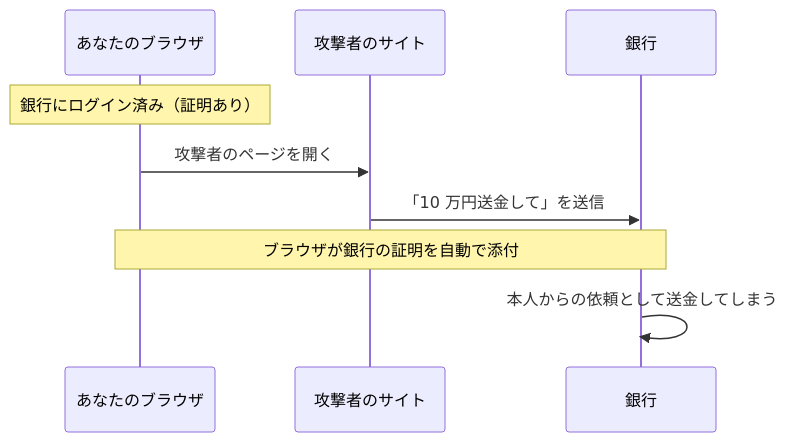
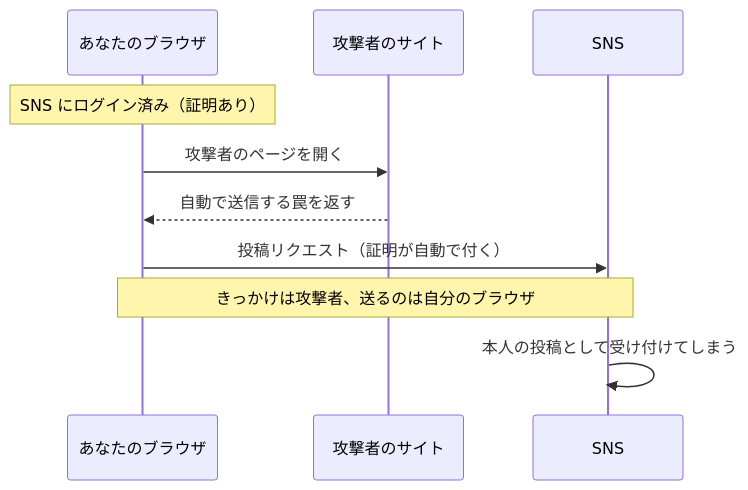
One commit to ozaki25/web-front-training-ozaki25 changed the diagram in docs/drafts/052/index.md. Above: the diagram before and after it, drawn with Mermaid. The commit also changed other lines of this file, not shown here.

Commit message:
052 (CSRF) fable相談を反映: 図の誤り(攻撃者→銀行を直接送信)を修正しブラウザ起点に、題材を銀行からSNS投稿へ変更、Lax の GET 抜け道を SameSite 節に昇格、XSS と GET/POST の足場を追加

````diff
--- a/docs/drafts/052/index.md
+++ b/docs/drafts/052/index.md
@@ -35,11 +37,12 @@
 ```mermaid
 sequenceDiagram
   participant U as あなたのブラウザ
   participant E as 攻撃者のサイト
-  participant B as 銀行
-  Note over U: 銀行にログイン済み（証明あり）
+  participant S as SNS
+  Note over U: SNS にログイン済み（証明あり）
   U->>E: 攻撃者のページを開く
-  E->>B: 「10 万円送金して」を送信
-  Note over U,B: ブラウザが銀行の証明を自動で添付
-  B->>B: 本人からの依頼として送金してしまう
+  E-->>U: 自動で送信する罠を返す
+  U->>S: 投稿リクエスト（証明が自動で付く）
+  Note over U,S: きっかけは攻撃者、送るのは自分のブラウザ
+  S->>S: 本人の投稿として受け付けてしまう
 ```
````
